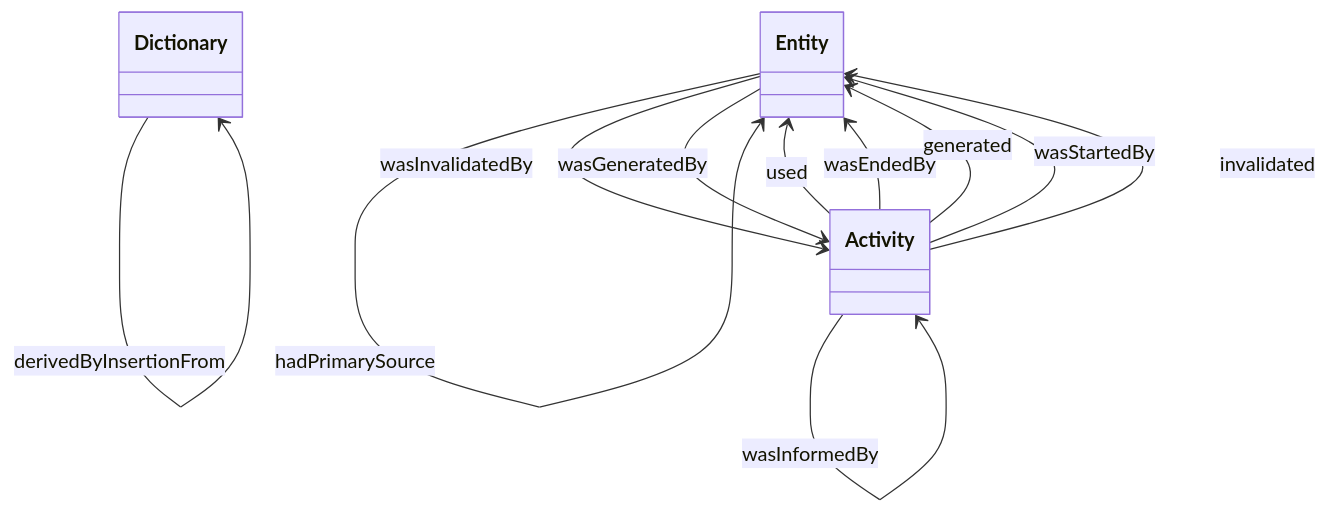
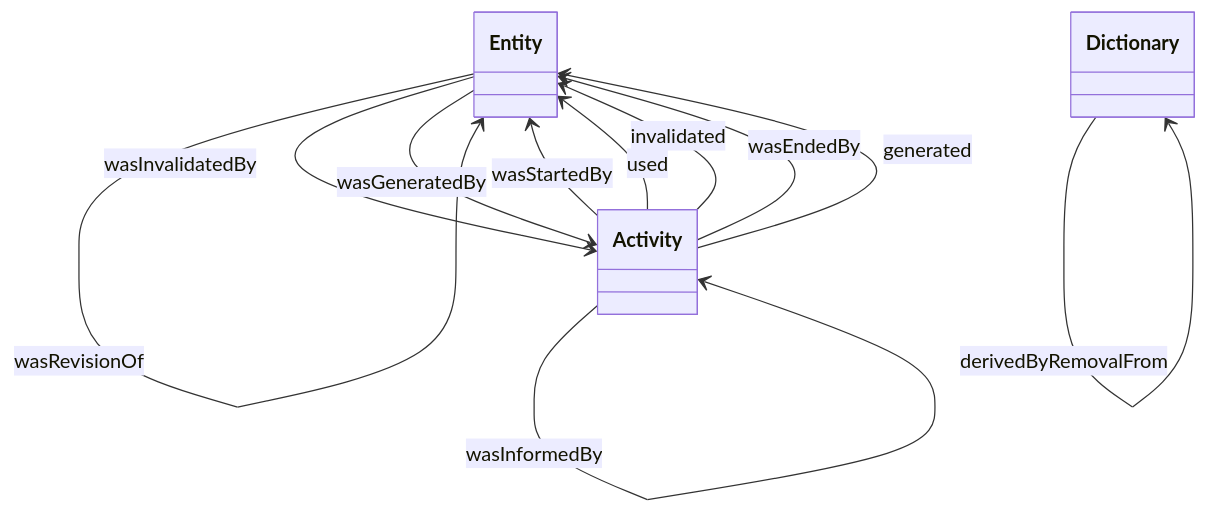
One commit to oeg-upm/Devos changed the diagram in output/Top_in_lov/prov.ttl-description-3.md. Above: the diagram before and after it, drawn with Mermaid. The commit also changed other lines of this file and 295 other files, not shown here.

````diff
--- a/output/Top_in_lov/prov.ttl-description-3.md
+++ b/output/Top_in_lov/prov.ttl-description-3.md
@@ -1,53 +1,53 @@
 ```mermaid
 	classDiagram
 
     
     class Entity {
     
     }
 
     class Activity {
     
     }
 
     class Dictionary {
     
     }
 
 
 
-Entity  --> Entity   :specializationOf  
+Entity  --> Entity   :mentionOf  
+
+Activity  --> Entity   :wasStartedBy  
 
 Activity  --> Entity   :used  
 
-Entity  --> Entity   :mentionOf  
+Entity  --> Entity   :specializationOf  
+
+Entity  --> Activity   :wasInvalidatedBy  
+
+Entity  --> Entity   :wasQuotedFrom  
+
+Activity  --> Activity   :wasInformedBy  
+
+Entity  --> Entity   :wasDerivedFrom  
+
+Entity  --> Activity   :wasGeneratedBy  
+
+Entity  --> Entity   :hadPrimarySource  
+
+Entity  --> Entity   :alternateOf  
+
+Activity  --> Entity   :invalidated  
 
 Activity  --> Entity   :wasEndedBy  
 
-Entity  --> Entity   :wasQuotedFrom  
+Activity  --> Entity   :generated  
+
+Entity  --> Entity   :wasRevisionOf  
+
+Dictionary  --> Dictionary   :derivedByInsertionFrom  
 
 Dictionary  --> Dictionary   :derivedByRemovalFrom  
 
-Activity  --> Entity   :generated  
-
-Entity  --> Entity   :wasDerivedFrom  
-
-Activity  --> Entity   :wasStartedBy  
-
-Entity  --> Entity   :alternateOf  
-
-Entity  --> Activity   :wasInvalidatedBy  
-
-Dictionary  --> Dictionary   :derivedByInsertionFrom  
-
-Entity  --> Activity   :wasGeneratedBy  
-
-Activity  --> Activity   :wasInformedBy  
-
-Entity  --> Entity   :wasRevisionOf  
-
-Activity  --> Entity   :invalidated  
-
-Entity  --> Entity   :hadPrimarySource  
-
 ```
````
